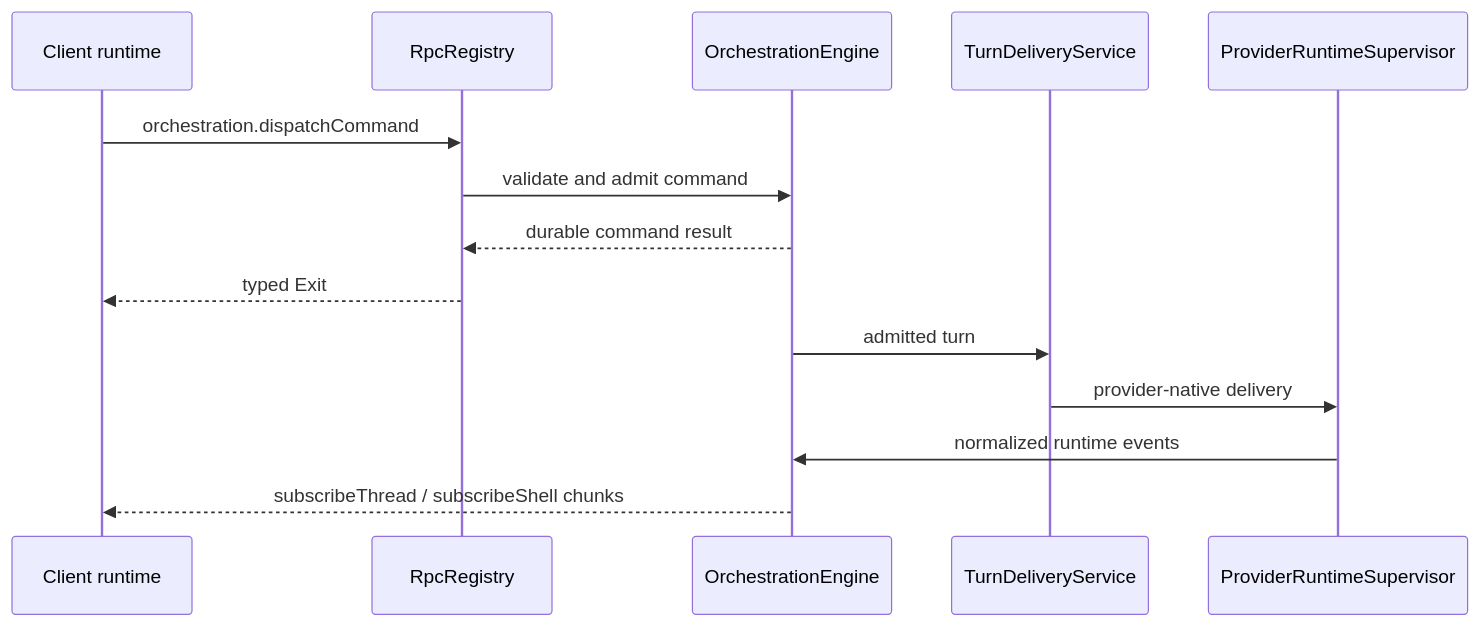
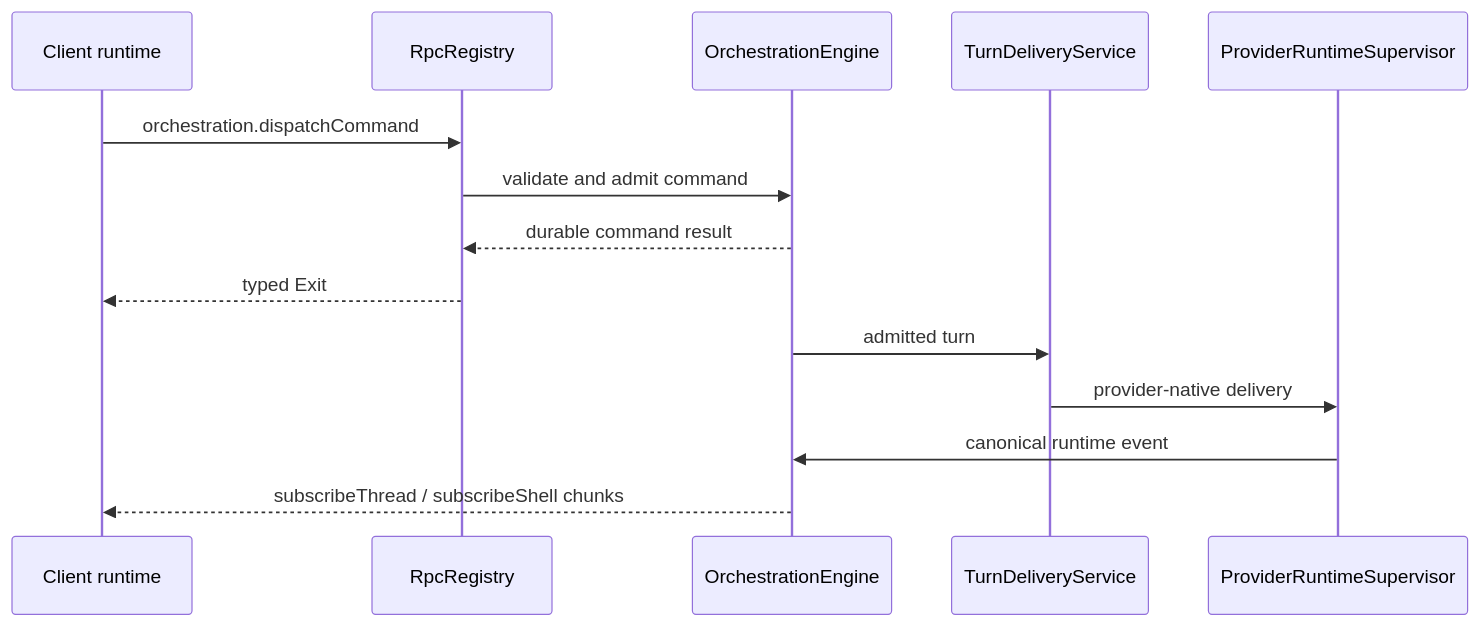
The diagram in docs/architecture/rpc-and-orchestration.md (mubeda/BibCode), drawn with Mermaid before and after one commit. The commit also changed other lines of this file and 4 other files, not shown here.

Commit message:
docs: document context usage flow

````diff
--- a/docs/architecture/rpc-and-orchestration.md
+++ b/docs/architecture/rpc-and-orchestration.md
@@ -63,17 +63,17 @@
 ```mermaid
 sequenceDiagram
   participant UI as Client runtime
   participant RPC as RpcRegistry
   participant Engine as OrchestrationEngine
   participant Delivery as TurnDeliveryService
   participant Provider as ProviderRuntimeSupervisor
 
   UI->>RPC: orchestration.dispatchCommand
   RPC->>Engine: validate and admit command
   Engine-->>RPC: durable command result
   RPC-->>UI: typed Exit
   Engine->>Delivery: admitted turn
   Delivery->>Provider: provider-native delivery
-  Provider->>Engine: normalized runtime events
+  Provider->>Engine: canonical runtime event
   Engine-->>UI: subscribeThread / subscribeShell chunks
 ```
````
